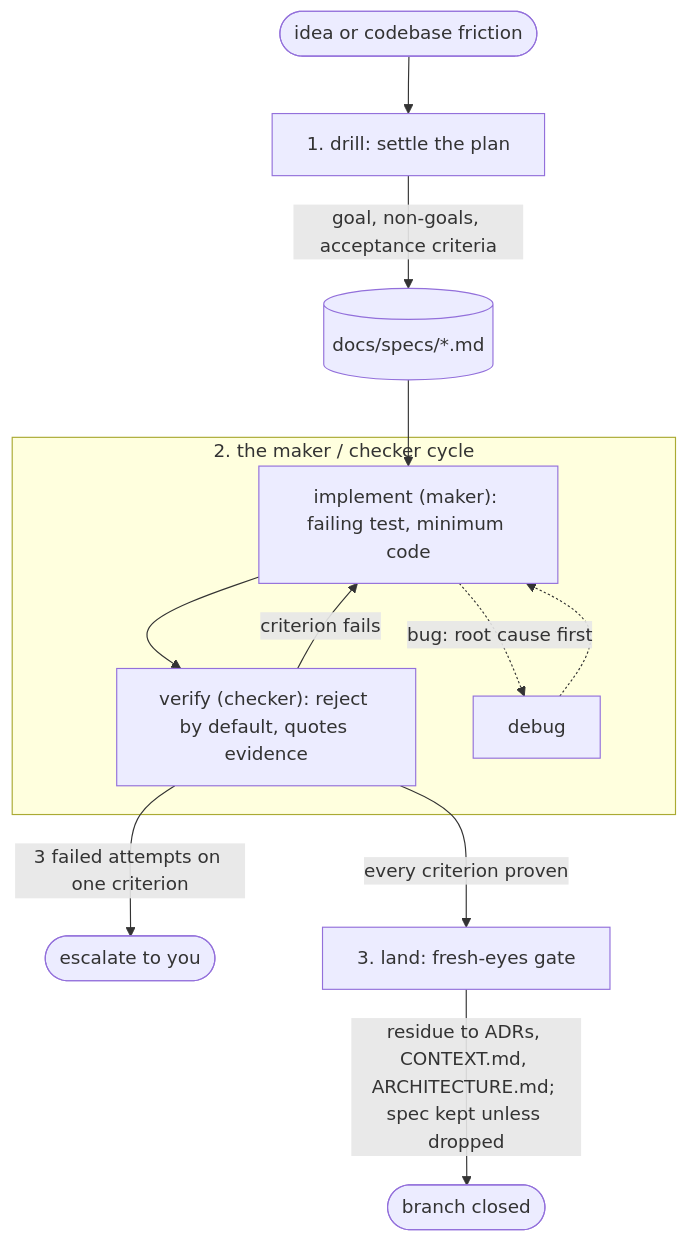
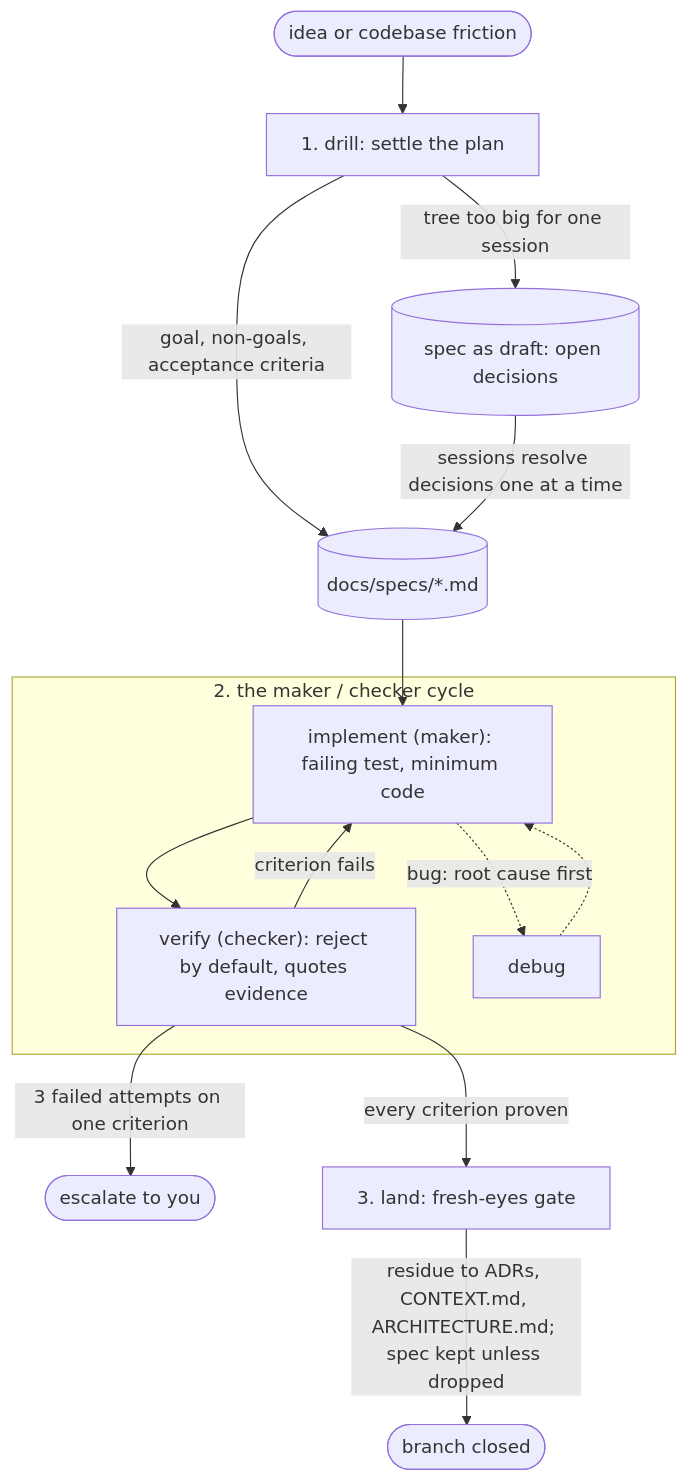
Before and after one commit to gitshrl/skills: the diagram in README.md, drawn with Mermaid. The commit also changed other lines of this file and 4 other files, not shown here.

Commit message:
add draft state to specs for multi-session planning

````diff
--- a/README.md
+++ b/README.md
@@ -60,17 +60,19 @@
 ```mermaid
 flowchart TD
     idea([idea or codebase friction]) --> drill["1. drill: settle the plan"]
     drill -- "goal, non-goals, acceptance criteria" --> spec[("docs/specs/*.md")]
+    drill -- "tree too big for one session" --> draft[("spec as draft: open decisions")]
+    draft -- "sessions resolve decisions one at a time" --> spec
     spec --> impl
 
     subgraph cycle["2. the maker / checker cycle"]
         impl["implement (maker): failing test, minimum code"] --> verify["verify (checker): reject by default, quotes evidence"]
         verify -- "criterion fails" --> impl
         impl -. "bug: root cause first" .-> debug
         debug -.-> impl
     end
 
     verify -- "3 failed attempts on one criterion" --> you(["escalate to you"])
     verify -- "every criterion proven" --> land["3. land: fresh-eyes gate"]
     land -- "residue to ADRs, CONTEXT.md, ARCHITECTURE.md; spec kept unless dropped" --> done([branch closed])
 ```
````
